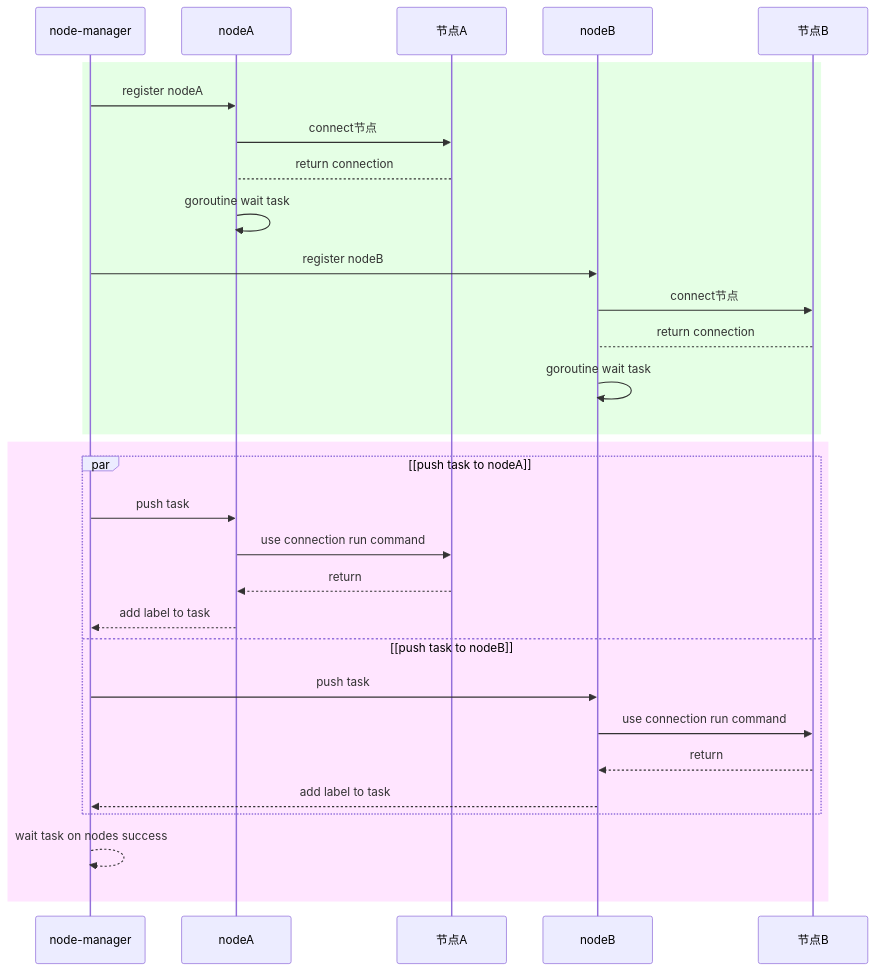
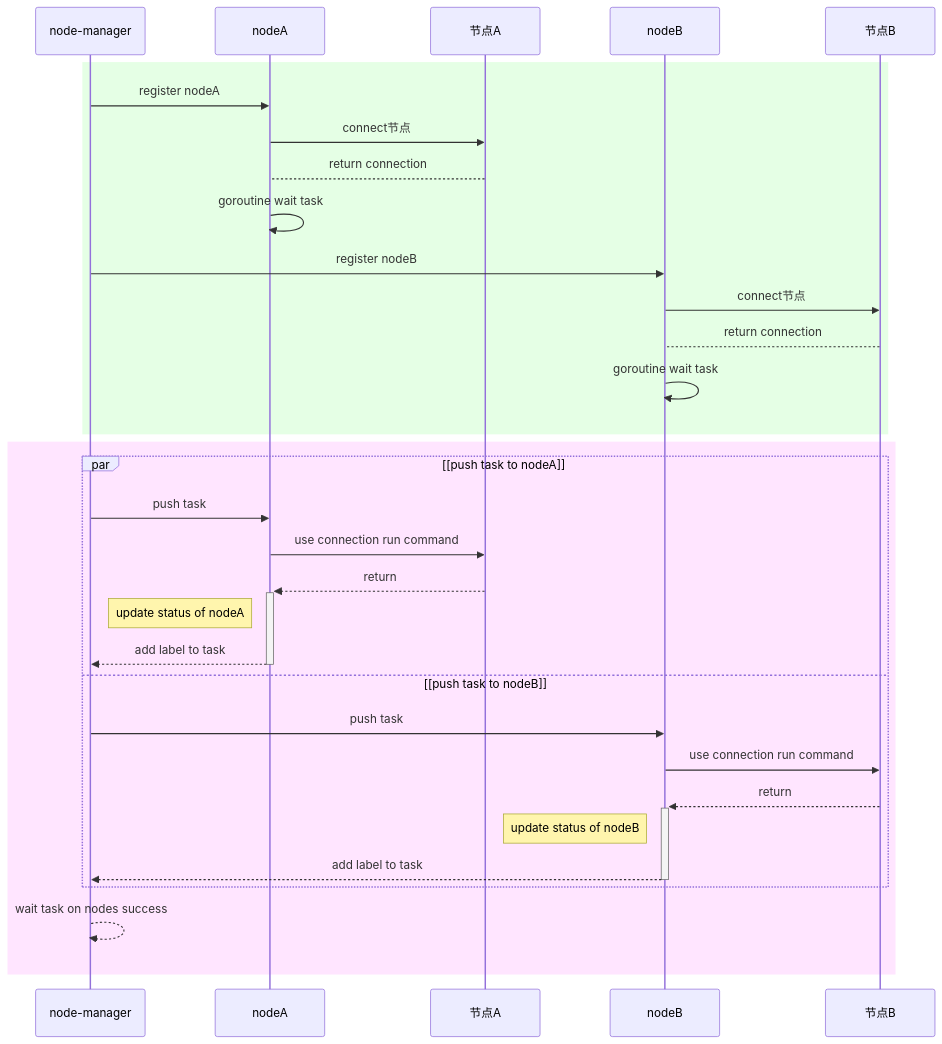
The ninth of 12 diagrams in docs/general_design_raw.md (openeuler-mirror/eggo), drawn with Mermaid before and after one commit. The commit also changed other lines of this file and 8 other files, not shown here.

````diff
--- a/docs/general_design_raw.md
+++ b/docs/general_design_raw.md
@@ -148,33 +143,35 @@
 ```mermaid
 sequenceDiagram
 	participant A as node-manager
 	participant B as nodeA
 	participant D as 节点A
 	participant C as nodeB
 	participant E as 节点B
 	rect rgba(0, 255, 0, .1)
         A ->> B: register nodeA
         B ->> D: connect节点
         D --> B: return connection
         B ->> B: goroutine wait task
         A ->> C: register nodeB
         C ->> E: connect节点
         E --> C: return connection
         C ->> C: goroutine wait task
     end
 	rect rgba(255, 0, 255, .1)
 		par [push task to nodeA]
 		A ->> B: push task
 		B ->> D: use connection run command
-		D -->> B: return
-		B -->> A: add label to task
+		D -->>+ B: return
+		Note Left of B: update status of nodeA
+		B -->>- A: add label to task
 		and [push task to nodeB]
 		A ->> C: push task
 		C ->> E: use connection run command
-		E -->> C: return
-		C -->> A: add label to task
+		E -->>+ C: return
+		Note Left of C: update status of nodeB
+		C -->>- A: add label to task
 		end
 		A -->> A: wait task on nodes success
 	end
     
 ```
````
